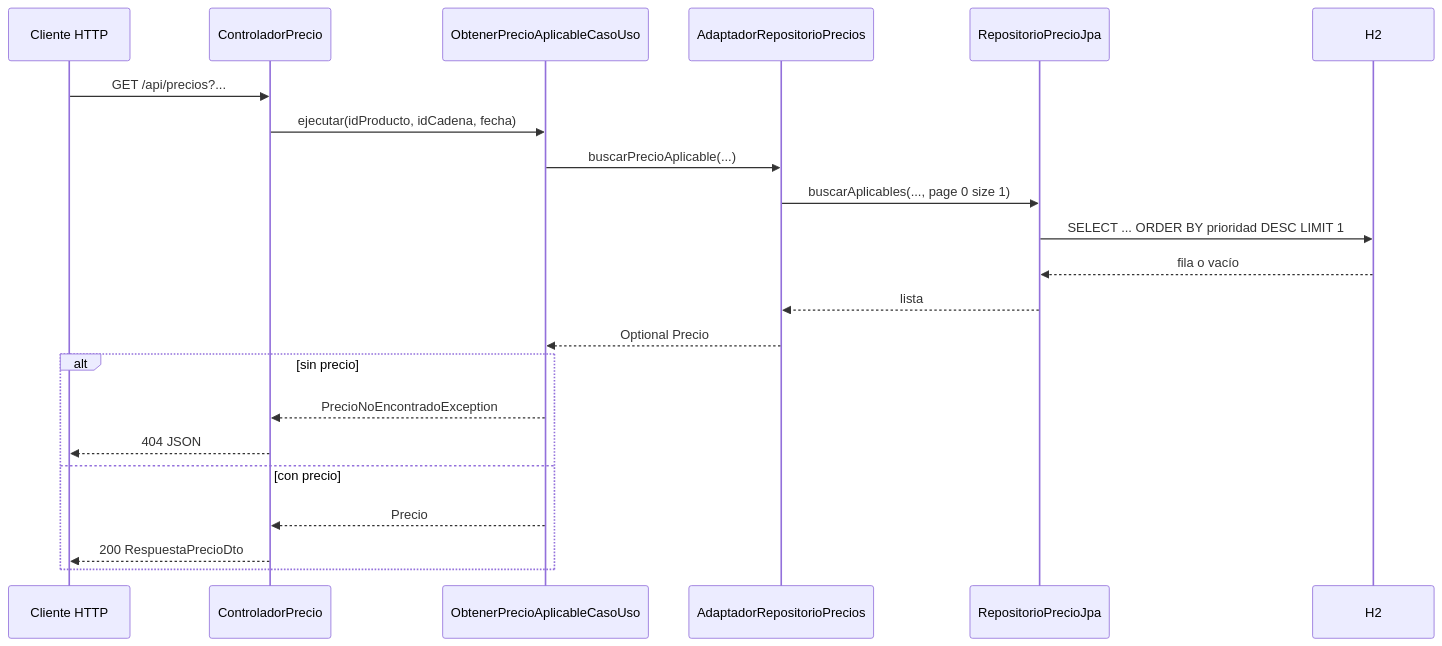
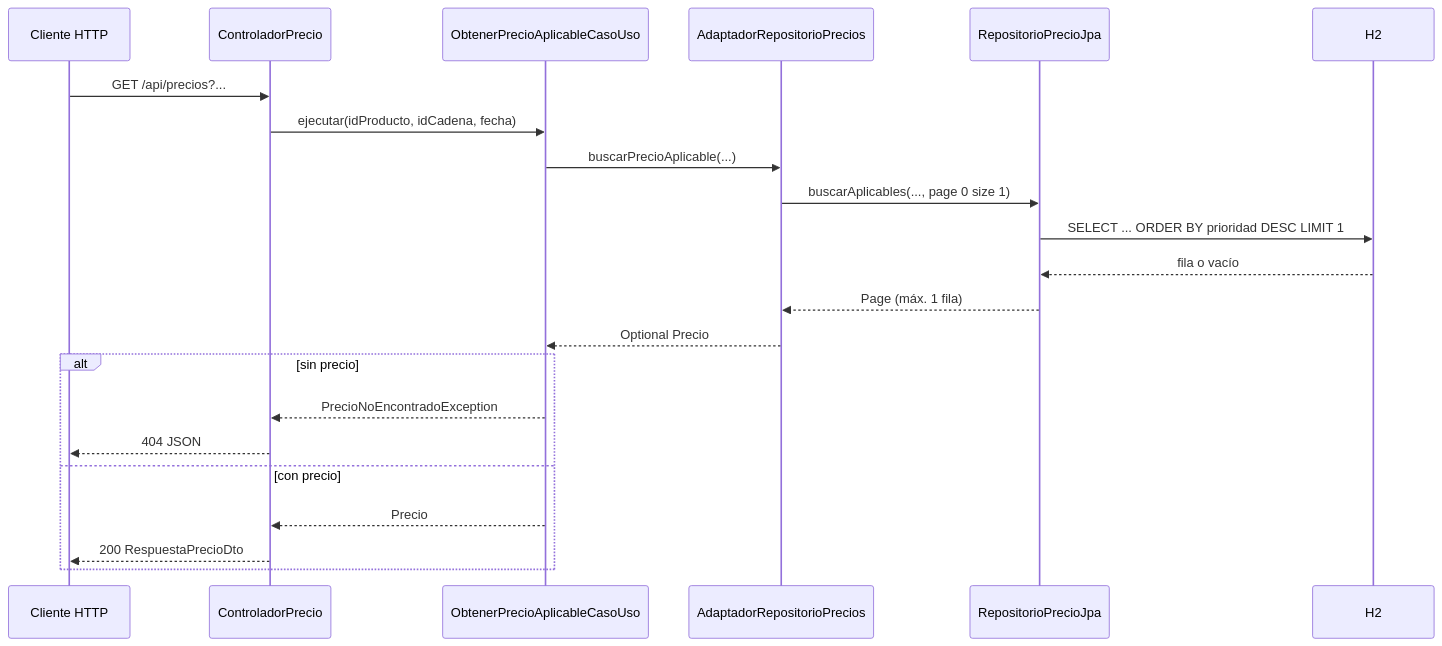
The second of 2 diagrams in docs/arquitectura-hexagonal.md (jmjime/ProyectoJava), drawn with Mermaid before and after one commit. The commit also changed other lines of this file and 9 other files, not shown here.

````diff
--- a/docs/arquitectura-hexagonal.md
+++ b/docs/arquitectura-hexagonal.md
@@ -102,24 +102,24 @@
 ```mermaid
 sequenceDiagram
   participant C as Cliente HTTP
   participant Ctrl as ControladorPrecio
   participant UC as ObtenerPrecioAplicableCasoUso
   participant AD as AdaptadorRepositorioPrecios
   participant R as RepositorioPrecioJpa
   participant DB as H2
   C->>Ctrl: GET /api/precios?...
   Ctrl->>UC: ejecutar(idProducto, idCadena, fecha)
   UC->>AD: buscarPrecioAplicable(...)
   AD->>R: buscarAplicables(..., page 0 size 1)
   R->>DB: SELECT ... ORDER BY prioridad DESC LIMIT 1
   DB-->>R: fila o vacío
-  R-->>AD: lista
+  R-->>AD: Page (máx. 1 fila)
   AD-->>UC: Optional Precio
   alt sin precio
     UC-->>Ctrl: PrecioNoEncontradoException
     Ctrl-->>C: 404 JSON
   else con precio
     UC-->>Ctrl: Precio
     Ctrl-->>C: 200 RespuestaPrecioDto
   end
 ```
````
